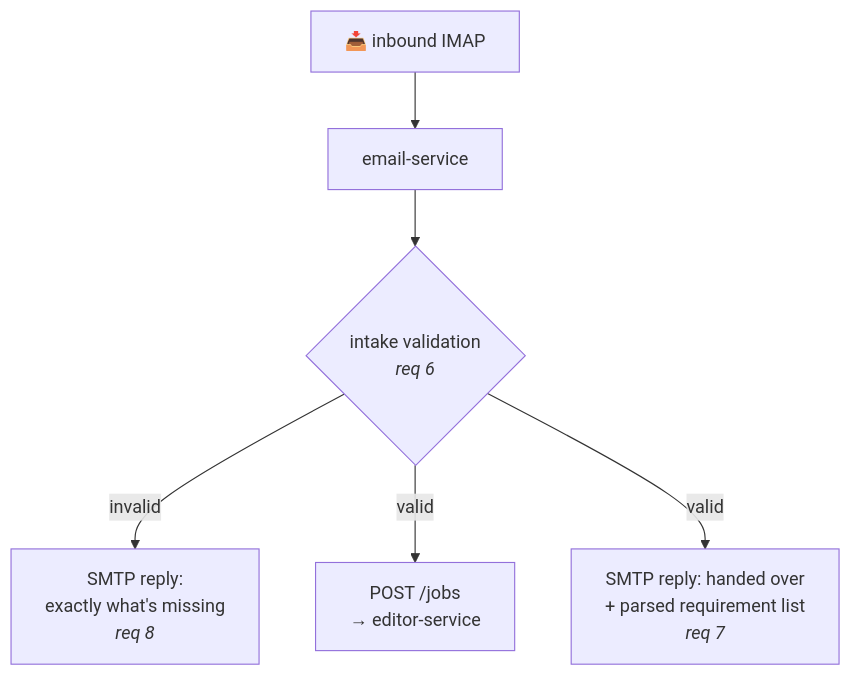
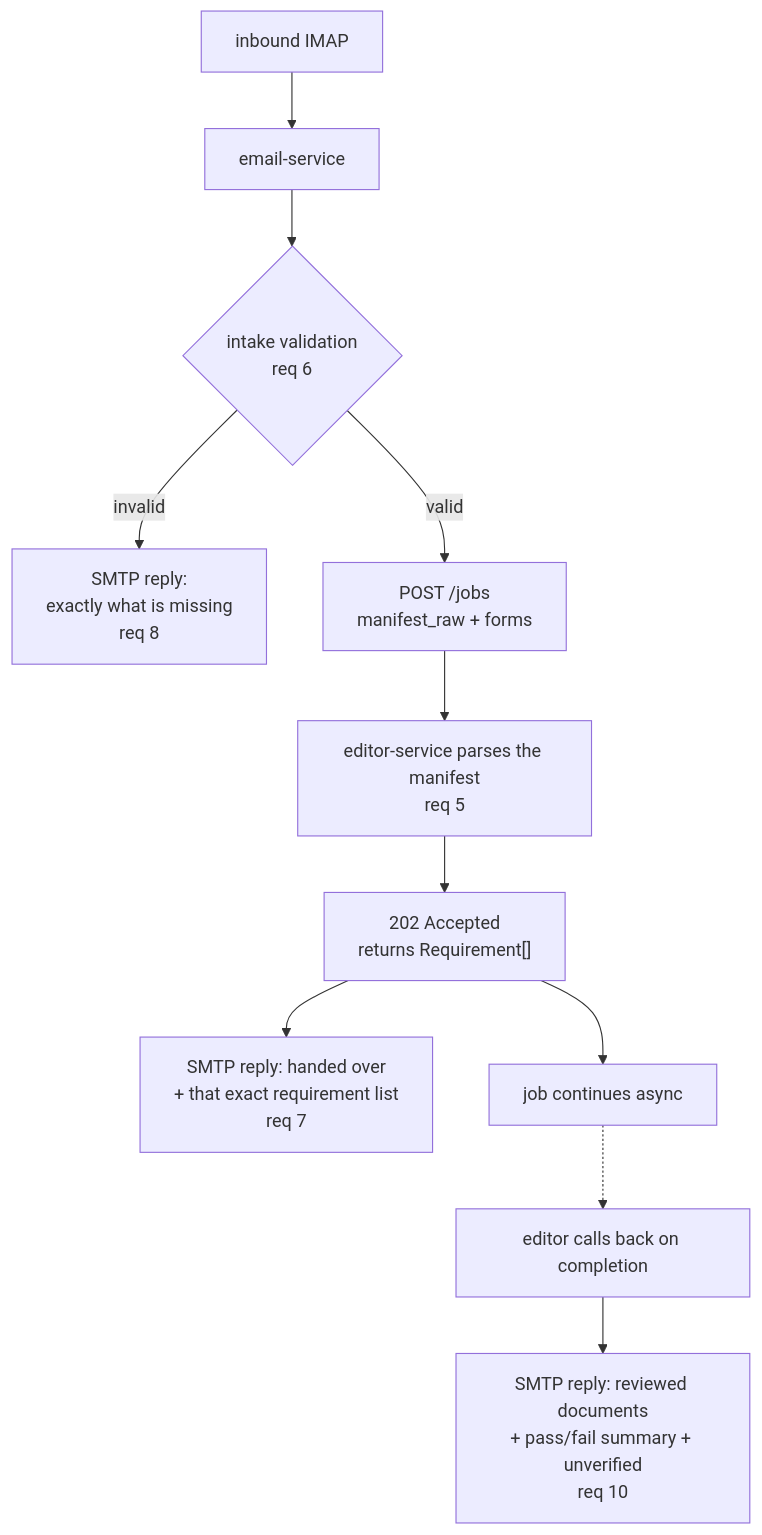
The first of 2 diagrams in docs/app-implementation-plan.md (jjfrackowiak/multimodal-form-filling), drawn with Mermaid before and after one commit. The commit also changed other lines of this file and 1 other file, not shown here.

First line of the commit message:
docs: add delivery leg and manifest parsing to the plan

````diff
--- a/docs/app-implementation-plan.md
+++ b/docs/app-implementation-plan.md
@@ -33,8 +33,13 @@
 ```mermaid
 flowchart TD
-    IMAP["📥 inbound IMAP"] --> ES["email-service"]
-    ES --> IV{"intake validation<br/><i>req 6</i>"}
-    IV -->|invalid| BAD["SMTP reply:<br/>exactly what's missing<br/><i>req 8</i>"]
-    IV -->|valid| JOB["POST /jobs<br/>→ editor-service"]
-    IV -->|valid| ACK["SMTP reply: handed over<br/>+ parsed requirement list<br/><i>req 7</i>"]
+    IMAP["inbound IMAP"] --> ES["email-service"]
+    ES --> IV{"intake validation<br/>req 6"}
+    IV -->|invalid| BAD["SMTP reply:<br/>exactly what is missing<br/>req 8"]
+    IV -->|valid| JOB["POST /jobs<br/>manifest_raw + forms"]
+    JOB --> ED["editor-service parses the manifest<br/>req 5"]
+    ED --> ACC["202 Accepted<br/>returns Requirement[]"]
+    ACC --> ACK["SMTP reply: handed over<br/>+ that exact requirement list<br/>req 7"]
+    ACC --> RUN["job continues async"]
+    RUN -.-> CB["editor calls back on completion"]
+    CB --> DEL["SMTP reply: reviewed documents<br/>+ pass/fail summary + unverified<br/>req 10"]
 ```
````
